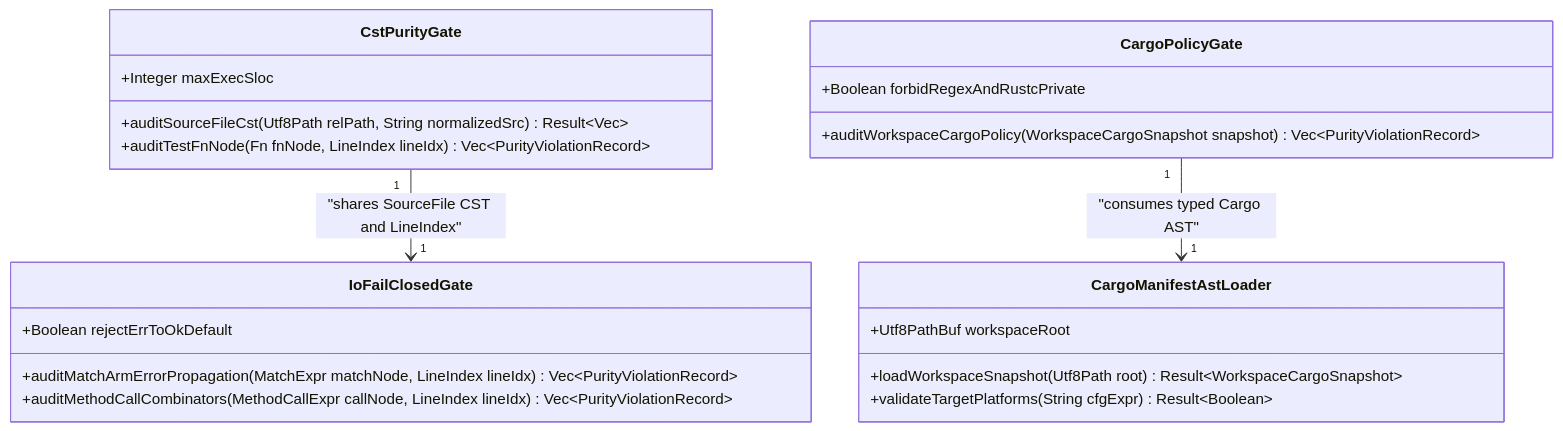
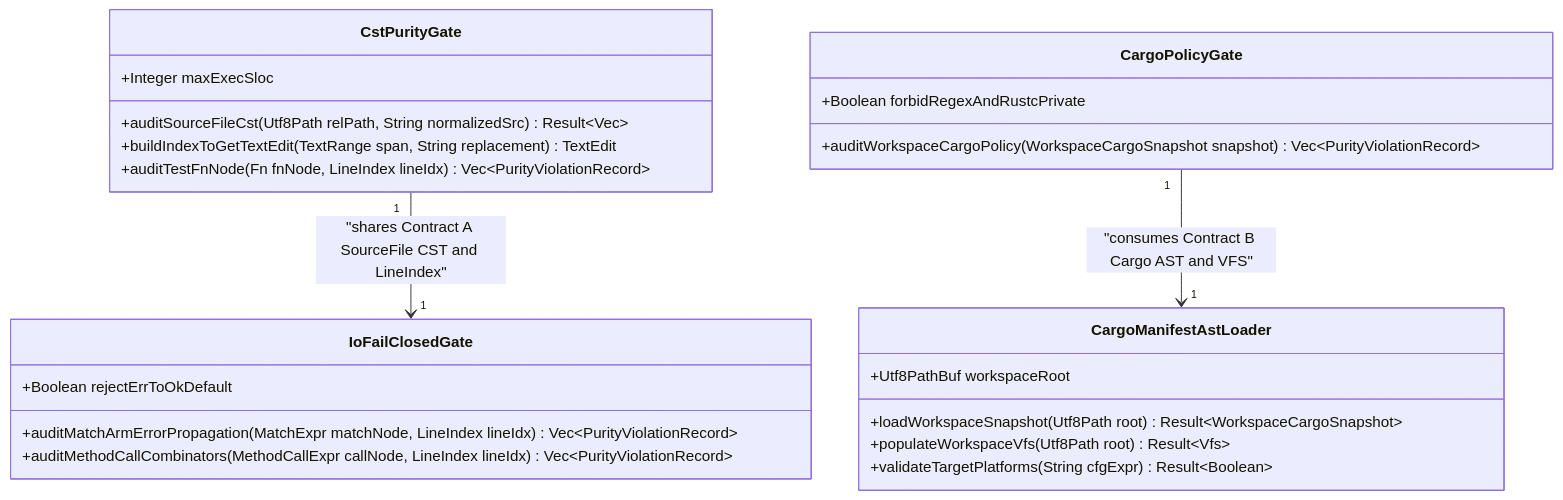
Before and after one commit to gintatkinson/DEAP01-spec-core: the first of 2 diagrams in docs/designs/blueprint-02-check34-ast-purity-and-anti-gaming-gate.md, drawn with Mermaid. The commit also changed other lines of this file and 29 other files, not shown here.

````diff
--- a/docs/designs/blueprint-02-check34-ast-purity-and-anti-gaming-gate.md
+++ b/docs/designs/blueprint-02-check34-ast-purity-and-anti-gaming-gate.md
@@ -95,24 +111,26 @@
 ```mermaid
 classDiagram
     class CargoManifestAstLoader {
         +Utf8PathBuf workspaceRoot
         +loadWorkspaceSnapshot(Utf8Path root) Result~WorkspaceCargoSnapshot~
+        +populateWorkspaceVfs(Utf8Path root) Result~Vfs~
         +validateTargetPlatforms(String cfgExpr) Result~Boolean~
     }
     class CstPurityGate {
         +Integer maxExecSloc
         +auditSourceFileCst(Utf8Path relPath, String normalizedSrc) Result~Vec~
+        +buildIndexToGetTextEdit(TextRange span, String replacement) TextEdit
         +auditTestFnNode(Fn fnNode, LineIndex lineIdx) Vec~PurityViolationRecord~
     }
     class IoFailClosedGate {
         +Boolean rejectErrToOkDefault
         +auditMatchArmErrorPropagation(MatchExpr matchNode, LineIndex lineIdx) Vec~PurityViolationRecord~
         +auditMethodCallCombinators(MethodCallExpr callNode, LineIndex lineIdx) Vec~PurityViolationRecord~
     }
     class CargoPolicyGate {
         +Boolean forbidRegexAndRustcPrivate
         +auditWorkspaceCargoPolicy(WorkspaceCargoSnapshot snapshot) Vec~PurityViolationRecord~
     }
-    CargoPolicyGate "1" --> "1" CargoManifestAstLoader : "consumes typed Cargo AST"
-    CstPurityGate "1" --> "1" IoFailClosedGate : "shares SourceFile CST and LineIndex"
+    CargoPolicyGate "1" --> "1" CargoManifestAstLoader : "consumes Contract B Cargo AST and VFS"
+    CstPurityGate "1" --> "1" IoFailClosedGate : "shares Contract A SourceFile CST and LineIndex"
 ```
````
